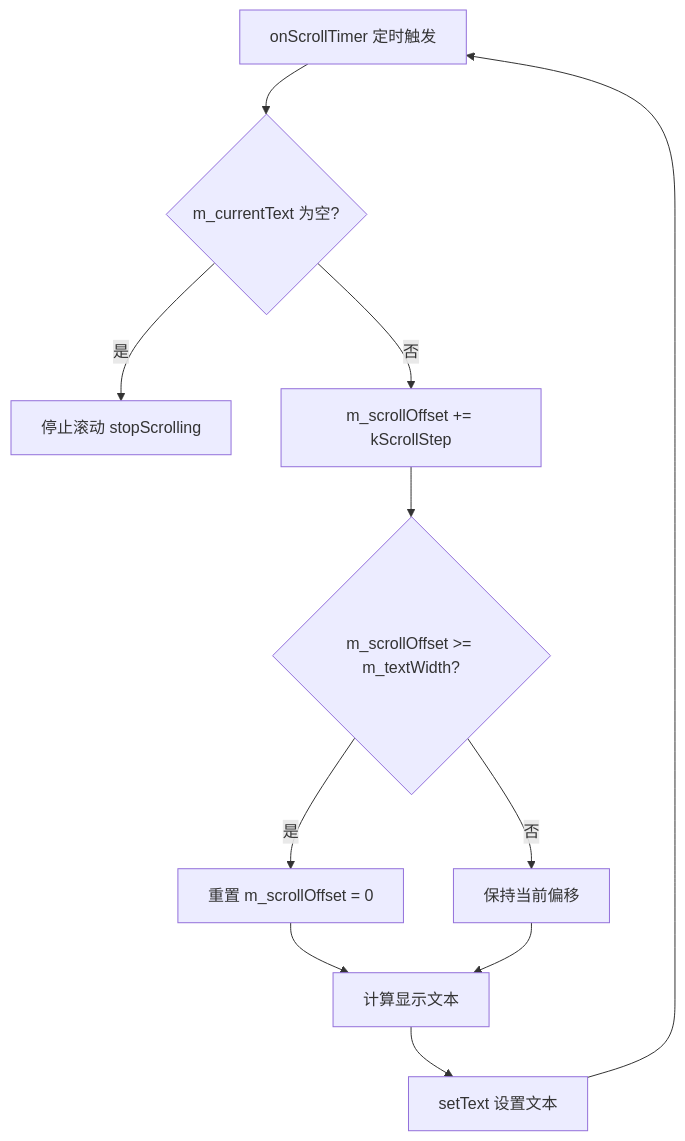
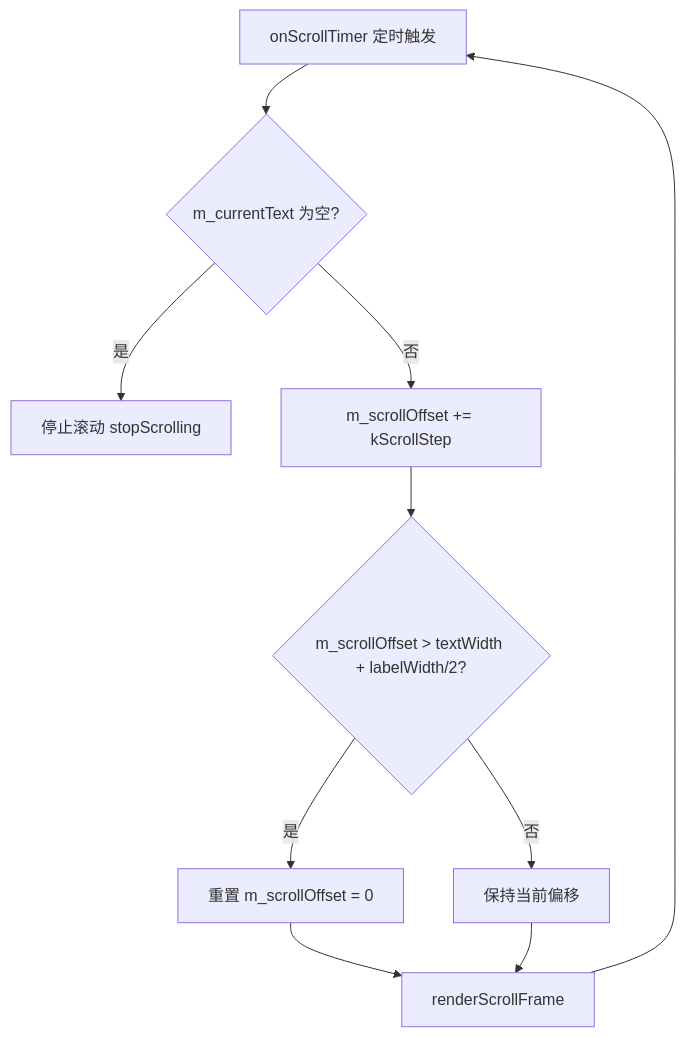
Before and after one commit to Simon2817/OHB80PortMonitor: the third of 4 diagrams in OHB80PortMonitor_V_1_0_0/docs/realize/scrollingtiplabel.md, drawn with Mermaid. The commit also changed other lines of this file and 3041 other files, not shown here.

````diff
--- a/OHB80PortMonitor_V_1_0_0/docs/realize/scrollingtiplabel.md
+++ b/OHB80PortMonitor_V_1_0_0/docs/realize/scrollingtiplabel.md
@@ -61,13 +61,12 @@
 ```mermaid
 flowchart TD
     A[onScrollTimer 定时触发] --> B{m_currentText 为空?}
     B -->|是| C[停止滚动 stopScrolling]
     B -->|否| D[m_scrollOffset += kScrollStep]
-    D --> E{m_scrollOffset >= m_textWidth?}
+    D --> E{m_scrollOffset > textWidth + labelWidth/2?}
     E -->|是| F[重置 m_scrollOffset = 0]
     E -->|否| G[保持当前偏移]
-    F --> H[计算显示文本]
+    F --> H[renderScrollFrame]
     G --> H
-    H --> I[setText 设置文本]
-    I --> A
+    H --> A
 ```
````
